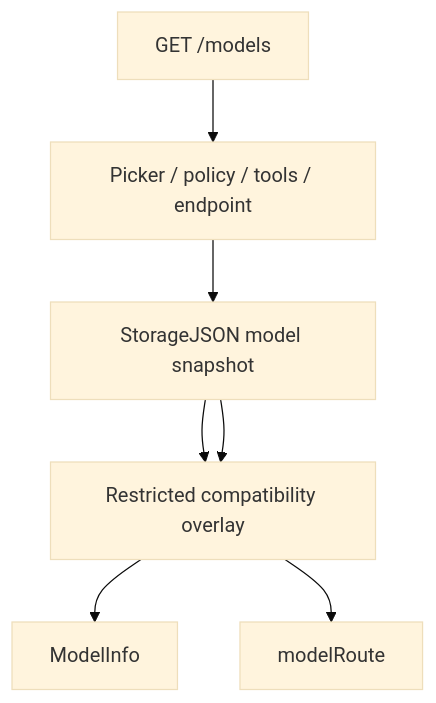
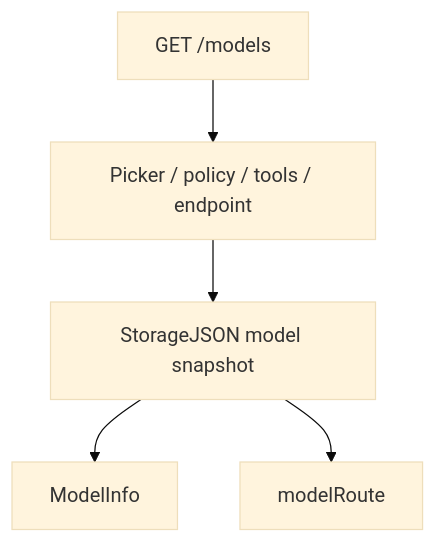
One commit to 1oo1/cpa-github-copilot changed the second of 2 diagrams in CURRENT_PLUGIN_ARCHITECTURE.md. Above: the diagram before and after it, drawn with Mermaid (base theme). The commit also changed other lines of this file and 19 other files, not shown here.

````diff
--- a/CURRENT_PLUGIN_ARCHITECTURE.md
+++ b/CURRENT_PLUGIN_ARCHITECTURE.md
@@ -107,13 +106,12 @@
 ```mermaid
 flowchart TD
     Catalog[GET /models]
     Filter[Picker / policy / tools / endpoint]
     Stored[StorageJSON model snapshot]
-    Manifest[Restricted compatibility overlay]
     Info[ModelInfo]
     Route[modelRoute]
 
     Catalog --> Filter --> Stored
-    Stored --> Manifest --> Info
-    Stored --> Manifest --> Route
+    Stored --> Info
+    Stored --> Route
 ```
````
